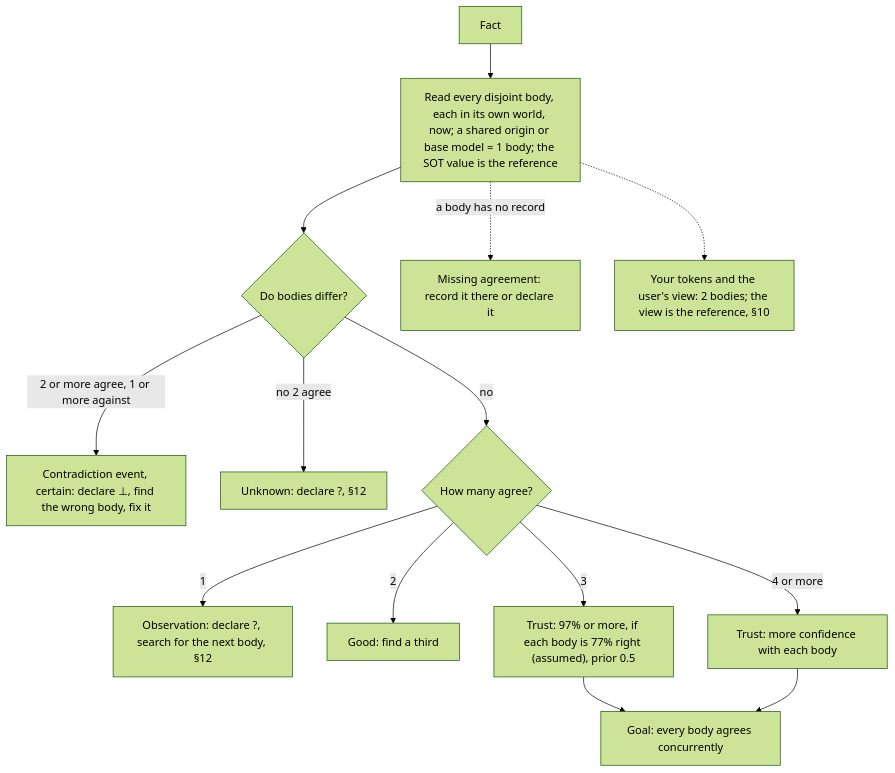
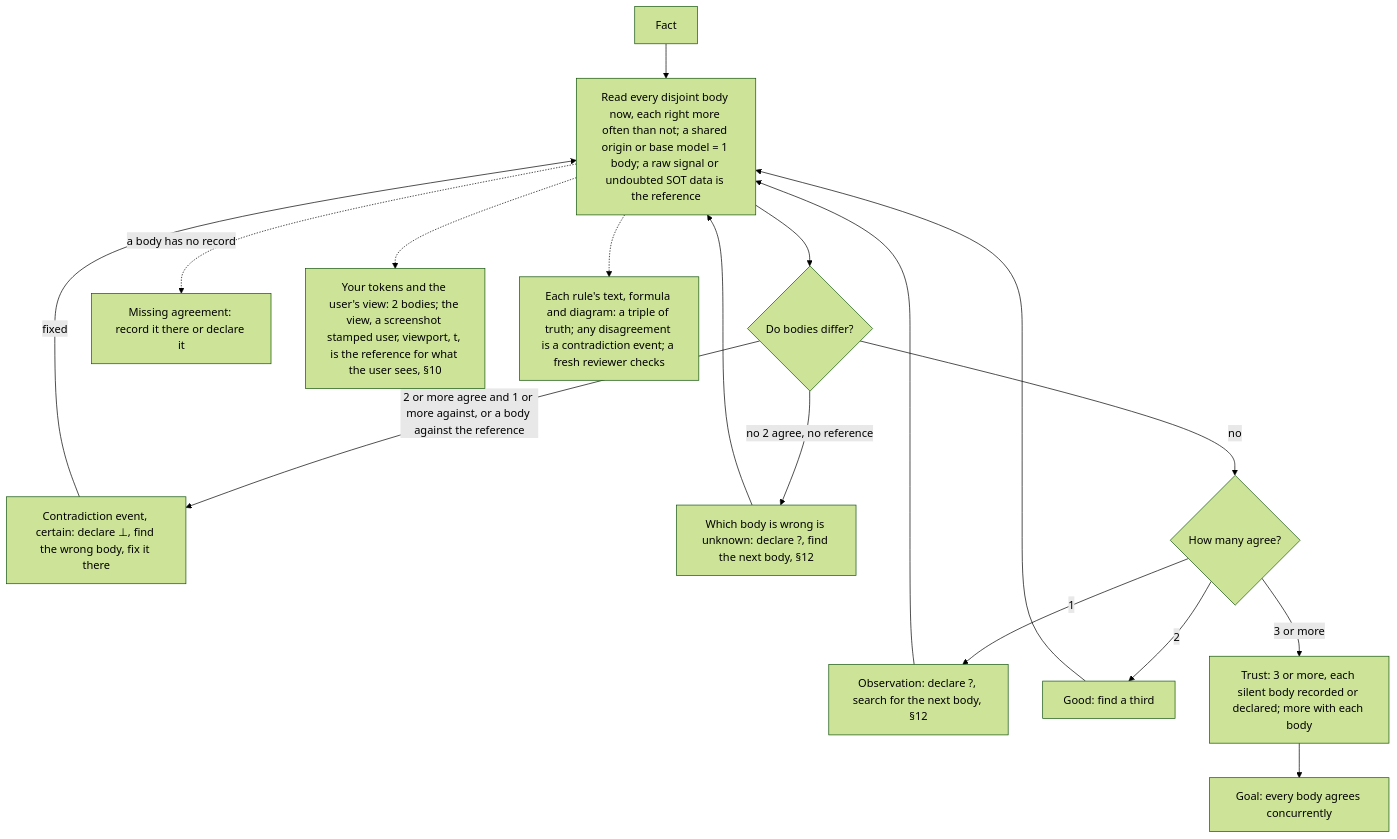
Before and after one commit to SolenixAI/arbiter: diagram 14 of 14 in AGENTS.md, drawn with Mermaid (forest theme). The commit also changed other lines of this file and 5 other files, not shown here.

First line of the commit message:
feat(agents): root v2, every token earns its place, 0 contradictions with 5:0 (#52)

````diff
--- a/AGENTS.md
+++ b/AGENTS.md
@@ -679,16 +551,15 @@
 ```mermaid
 flowchart TD
-  F[Fact] --> B["Read every disjoint body, each in its own world, now; a shared origin or base model = 1 body; the SOT value is the reference"]
+  F[Fact] --> B["Read every disjoint body now, each right more often than not; a shared origin or base model = 1 body; a raw signal or undoubted SOT data is the reference"]
   B --> D{Do bodies differ?}
-  D -->|2 or more agree, 1 or more against| C["Contradiction event, certain: declare ⊥, find the wrong body, fix it"]
-  D -->|no 2 agree| U["Unknown: declare ?, §12"]
+  D -->|2 or more agree and 1 or more against, or a body against the reference| C["Contradiction event, certain: declare ⊥, find the wrong body, fix it there"] -->|fixed| B
+  D -->|no 2 agree, no reference| U["Which body is wrong is unknown: declare ?, find the next body, §12"] --> B
   D -->|no| N{How many agree?}
-  N -->|1| O["Observation: declare ?, search for the next body, §12"]
-  N -->|2| G[Good: find a third]
-  N -->|3| T["Trust: 97% or more, if each body is 77% right (assumed), prior 0.5"]
-  N -->|4 or more| M[Trust: more confidence with each body]
+  N -->|1| O["Observation: declare ?, search for the next body, §12"] --> B
+  N -->|2| G[Good: find a third] --> B
+  N -->|3 or more| T["Trust: 3 or more, each silent body recorded or declared; more with each body"]
   B -.->|a body has no record| Mi[Missing agreement: record it there or declare it]
-  B -.-> TP["Your tokens and the user's view: 2 bodies; the view is the reference, §10"]
+  B -.-> TP["Your tokens and the user's view: 2 bodies; the view, a screenshot stamped user, viewport, t, is the reference for what the user sees, §10"]
+  B -.-> TR["Each rule's text, formula and diagram: a triple of truth; any disagreement is a contradiction event; a fresh reviewer checks"]
   T --> Goal[Goal: every body agrees concurrently]
-  M --> Goal
 ```
````
